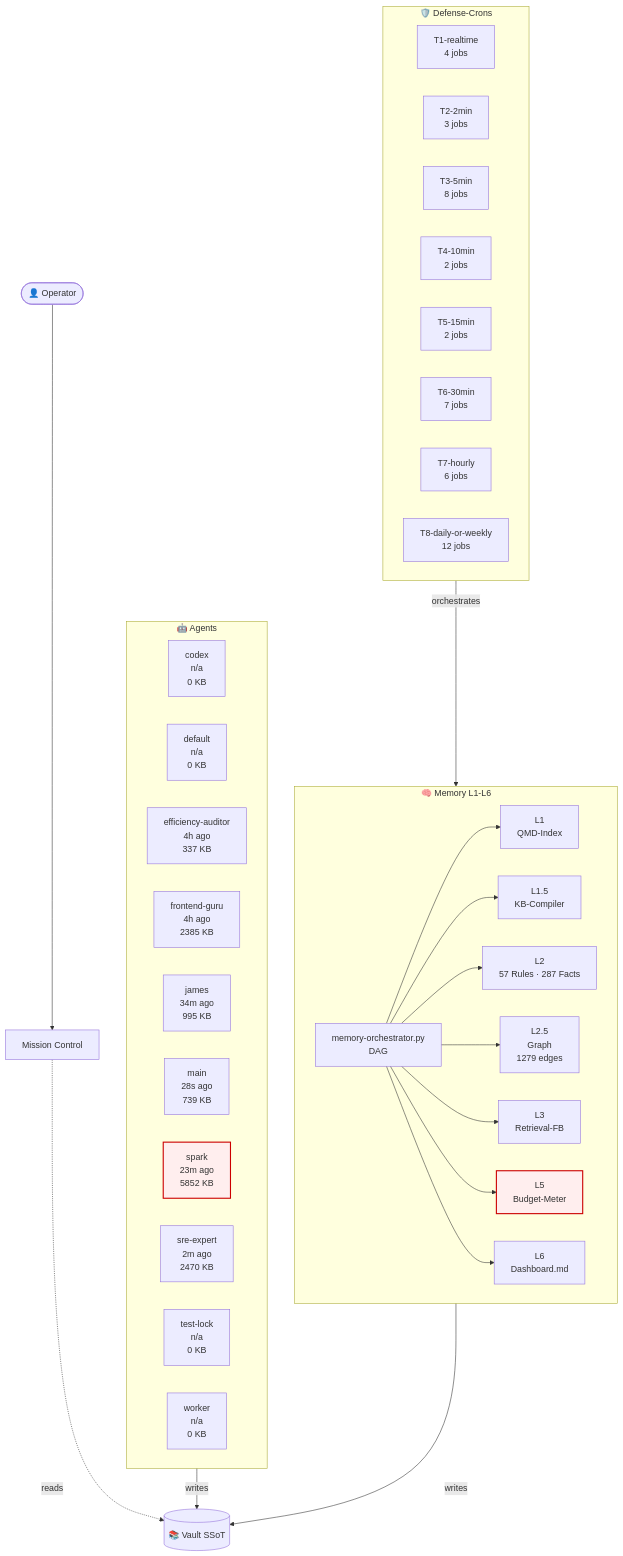
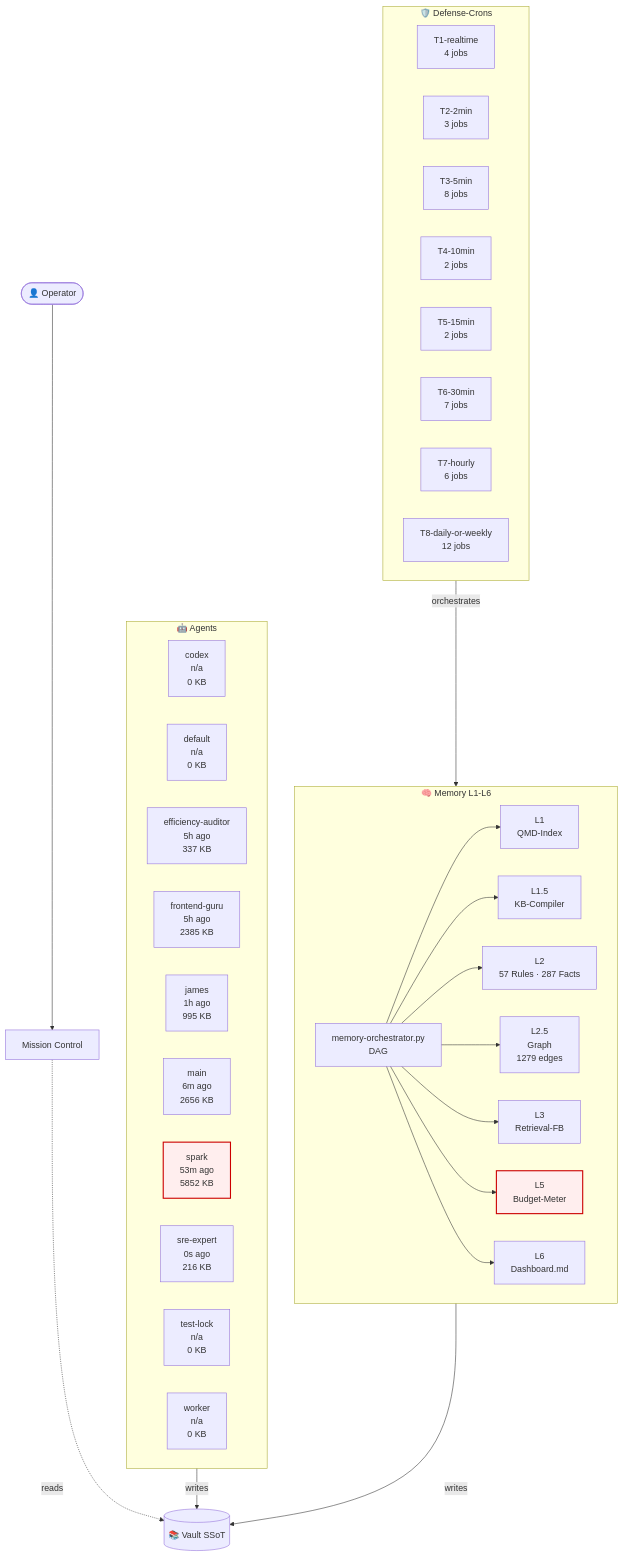
One commit to lenardhuebner88-rgb/openclaw-memory changed the diagram in 03-Agents/architecture-live.md. Above: the diagram before and after it, drawn with Mermaid. The commit also changed other lines of this file and 10 other files, not shown here.

````diff
--- a/03-Agents/architecture-live.md
+++ b/03-Agents/architecture-live.md
@@ -18,53 +18,53 @@
 ```mermaid
 flowchart TB
     classDef critical fill:#fee,stroke:#c00,stroke-width:2px;
     subgraph AGT["🤖 Agents"]
         agent_codex["codex<br/>n/a<br/>0 KB"]
         agent_default["default<br/>n/a<br/>0 KB"]
-        agent_efficiency_auditor["efficiency-auditor<br/>4h ago<br/>337 KB"]
-        agent_frontend_guru["frontend-guru<br/>4h ago<br/>2385 KB"]
-        agent_james["james<br/>34m ago<br/>995 KB"]
-        agent_main["main<br/>28s ago<br/>739 KB"]
-        agent_spark["spark<br/>23m ago<br/>5852 KB"]
-        agent_sre_expert["sre-expert<br/>2m ago<br/>2470 KB"]
+        agent_efficiency_auditor["efficiency-auditor<br/>5h ago<br/>337 KB"]
+        agent_frontend_guru["frontend-guru<br/>5h ago<br/>2385 KB"]
+        agent_james["james<br/>1h ago<br/>995 KB"]
+        agent_main["main<br/>6m ago<br/>2656 KB"]
+        agent_spark["spark<br/>53m ago<br/>5852 KB"]
+        agent_sre_expert["sre-expert<br/>0s ago<br/>216 KB"]
         agent_test_lock["test-lock<br/>n/a<br/>0 KB"]
         agent_worker["worker<br/>n/a<br/>0 KB"]
     end
     subgraph MEM["🧠 Memory L1-L6"]
         L1["L1<br/>QMD-Index"]
         L15["L1.5<br/>KB-Compiler"]
         L2["L2<br/>57 Rules · 287 Facts"]
         L25["L2.5<br/>Graph<br/>1279 edges"]
         L3["L3<br/>Retrieval-FB"]
         L5["L5<br/>Budget-Meter"]
         L6["L6<br/>Dashboard.md"]
         ORCH["memory-orchestrator.py<br/>DAG"]
     end
     subgraph CRN["🛡️ Defense-Crons"]
         tier_T1_realtime["T1-realtime<br/>4 jobs"]
         tier_T2_2min["T2-2min<br/>3 jobs"]
         tier_T3_5min["T3-5min<br/>8 jobs"]
         tier_T4_10min["T4-10min<br/>2 jobs"]
         tier_T5_15min["T5-15min<br/>2 jobs"]
         tier_T6_30min["T6-30min<br/>7 jobs"]
         tier_T7_hourly["T7-hourly<br/>6 jobs"]
         tier_T8_daily_or_weekly["T8-daily-or-weekly<br/>12 jobs"]
     end
     VAULT[("📚 Vault SSoT")]
     OP([👤 Operator])
     MC["Mission Control"]
     OP --> MC
     MC -.reads.-> VAULT
     AGT -->|writes| VAULT
     MEM -->|writes| VAULT
     ORCH --> L1
     ORCH --> L15
     ORCH --> L2
     ORCH --> L25
     ORCH --> L3
     ORCH --> L5
     ORCH --> L6
     CRN -->|orchestrates| MEM
     class L5 critical
     class agent_spark critical
 ```
````
